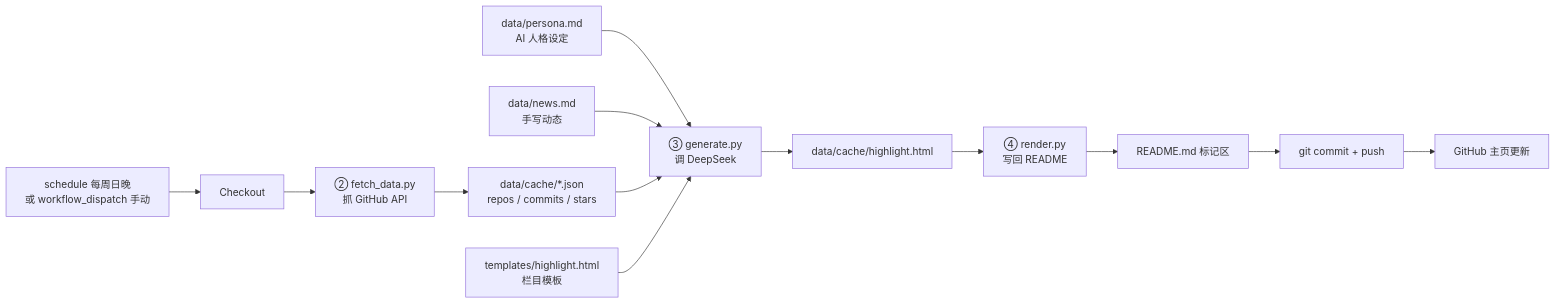
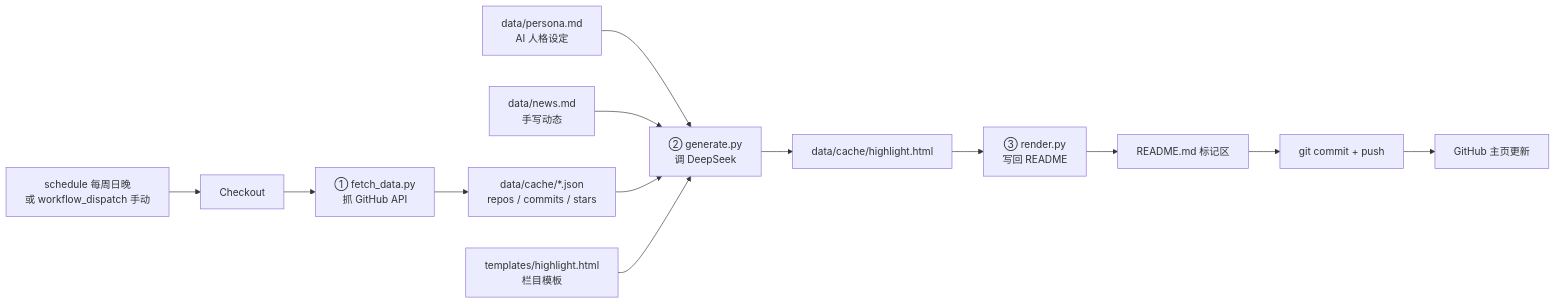
Before and after one commit to yanboc/yanboc: the diagram in AGENTS.md, drawn with Mermaid. The commit also changed other lines of this file and 1 other file, not shown here.

````diff
--- a/AGENTS.md
+++ b/AGENTS.md
@@ -15,15 +17,15 @@
 ```mermaid
 flowchart LR
     Sched["schedule 每周日晚<br/>或 workflow_dispatch 手动"] --> Chk[Checkout]
-    Chk --> Fetch["② fetch_data.py<br/>抓 GitHub API"]
+    Chk --> Fetch["① fetch_data.py<br/>抓 GitHub API"]
     Fetch --> Cache["data/cache/*.json<br/>repos / commits / stars"]
-    Persona["data/persona.md<br/>AI 人格设定"] --> Gen["③ generate.py<br/>调 DeepSeek"]
+    Persona["data/persona.md<br/>AI 人格设定"] --> Gen["② generate.py<br/>调 DeepSeek"]
     News["data/news.md<br/>手写动态"] --> Gen
     Cache --> Gen
     Gen --> Html["data/cache/highlight.html"]
     Tmpl["templates/highlight.html<br/>栏目模板"] --> Gen
-    Html --> Render["④ render.py<br/>写回 README"]
+    Html --> Render["③ render.py<br/>写回 README"]
     Render --> Readme["README.md 标记区"]
     Readme --> Push["git commit + push"]
     Push --> Home[GitHub 主页更新]
 ```
````
